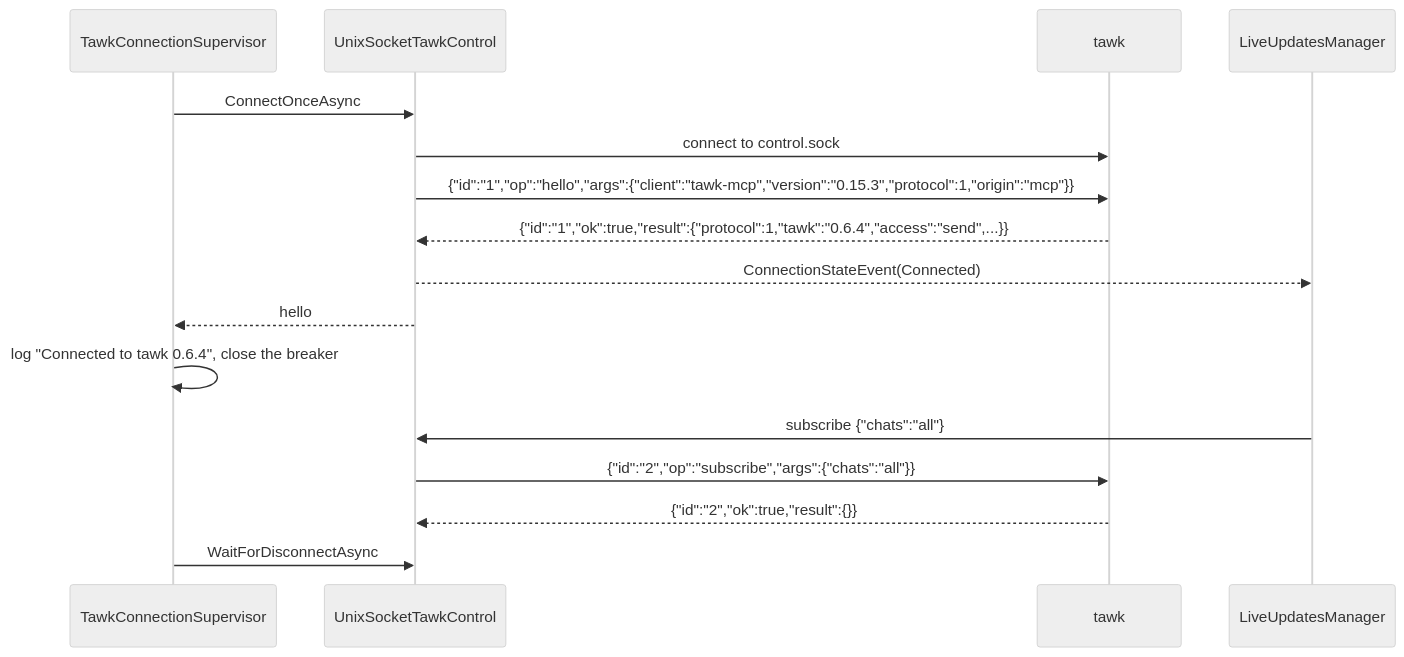
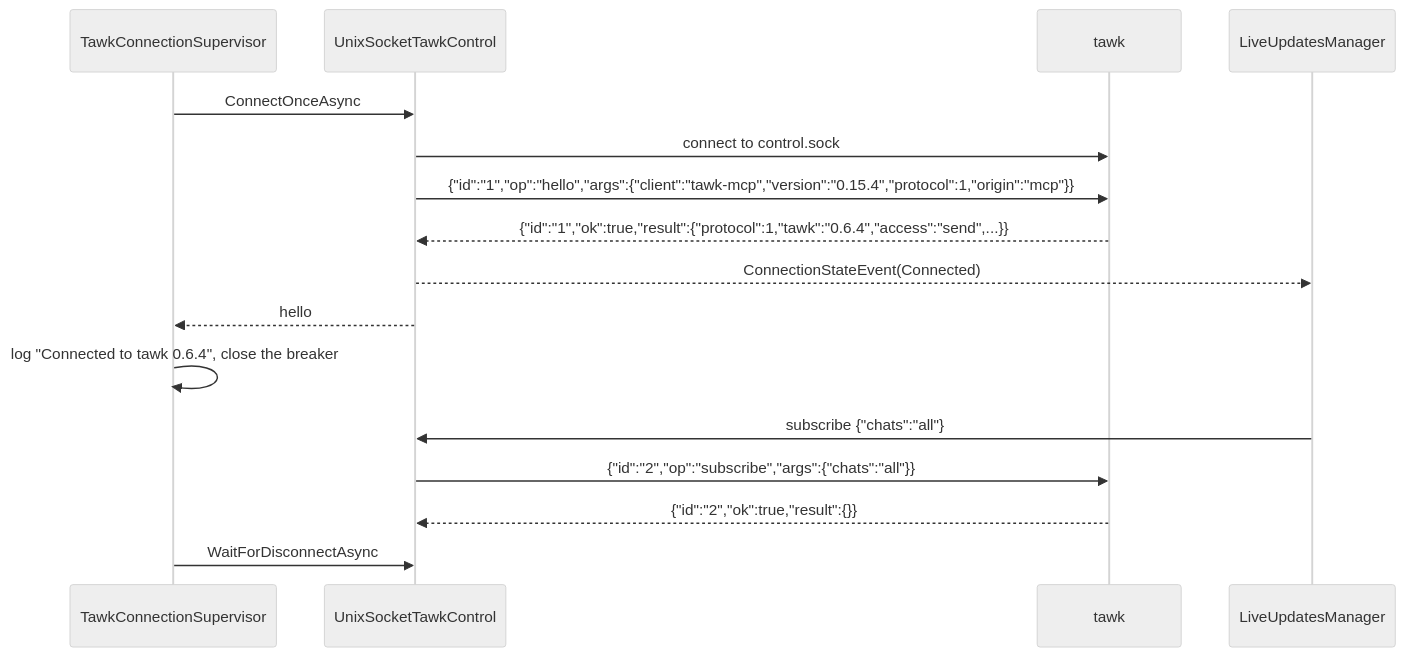
Before and after one commit to loganventer/Corvus.Mcp.Server.Tawk: the first of 14 diagrams in HOW_IT_WORKS.md, drawn with Mermaid (neutral theme). The commit also changed 10 other files, not shown here.

````diff
--- a/HOW_IT_WORKS.md
+++ b/HOW_IT_WORKS.md
@@ -31,19 +31,19 @@
 ```mermaid
 sequenceDiagram
     participant S as TawkConnectionSupervisor
     participant C as UnixSocketTawkControl
     participant T as tawk
     participant L as LiveUpdatesManager
 
     S->>C: ConnectOnceAsync
     C->>T: connect to control.sock
-    C->>T: {"id":"1","op":"hello","args":{"client":"tawk-mcp","version":"0.15.3","protocol":1,"origin":"mcp"}}
+    C->>T: {"id":"1","op":"hello","args":{"client":"tawk-mcp","version":"0.15.4","protocol":1,"origin":"mcp"}}
     T-->>C: {"id":"1","ok":true,"result":{"protocol":1,"tawk":"0.6.4","access":"send",...}}
     C-->>L: ConnectionStateEvent(Connected)
     C-->>S: hello
     S->>S: log "Connected to tawk 0.6.4", close the breaker
     L->>C: subscribe {"chats":"all"}
     C->>T: {"id":"2","op":"subscribe","args":{"chats":"all"}}
     T-->>C: {"id":"2","ok":true,"result":{}}
     S->>C: WaitForDisconnectAsync
 ```
````
